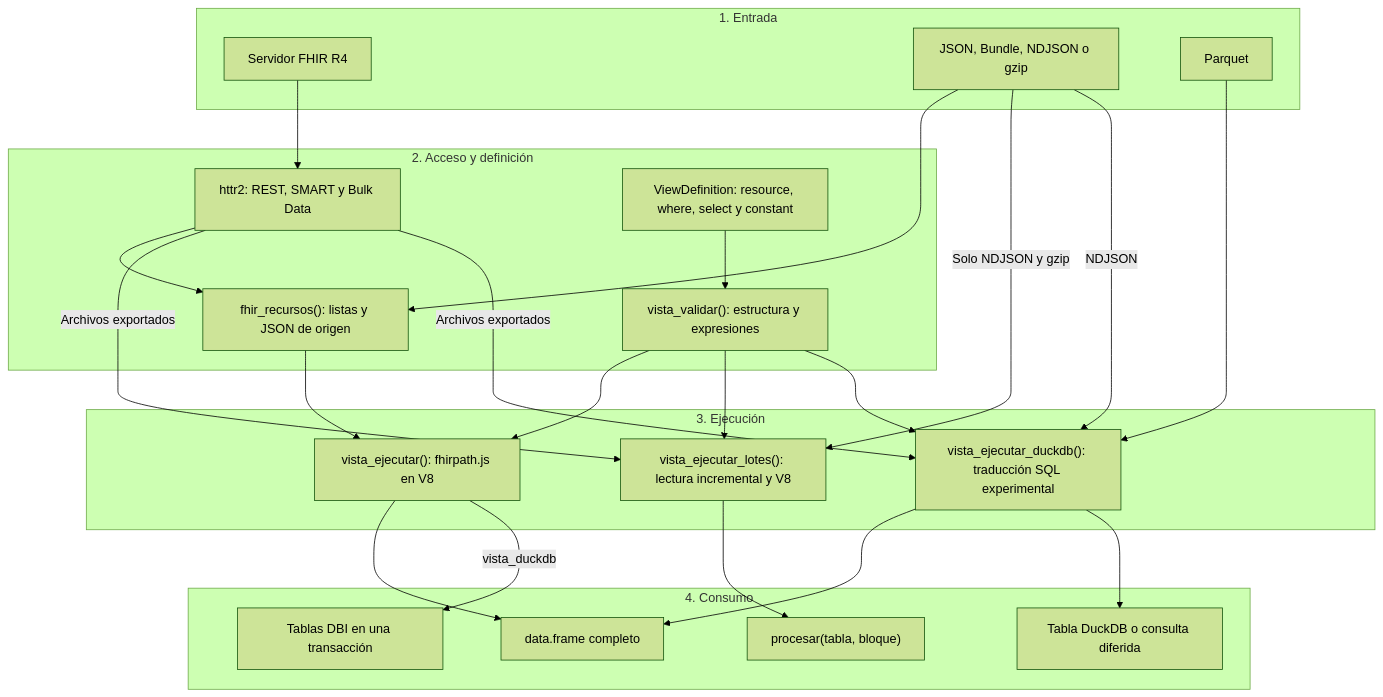
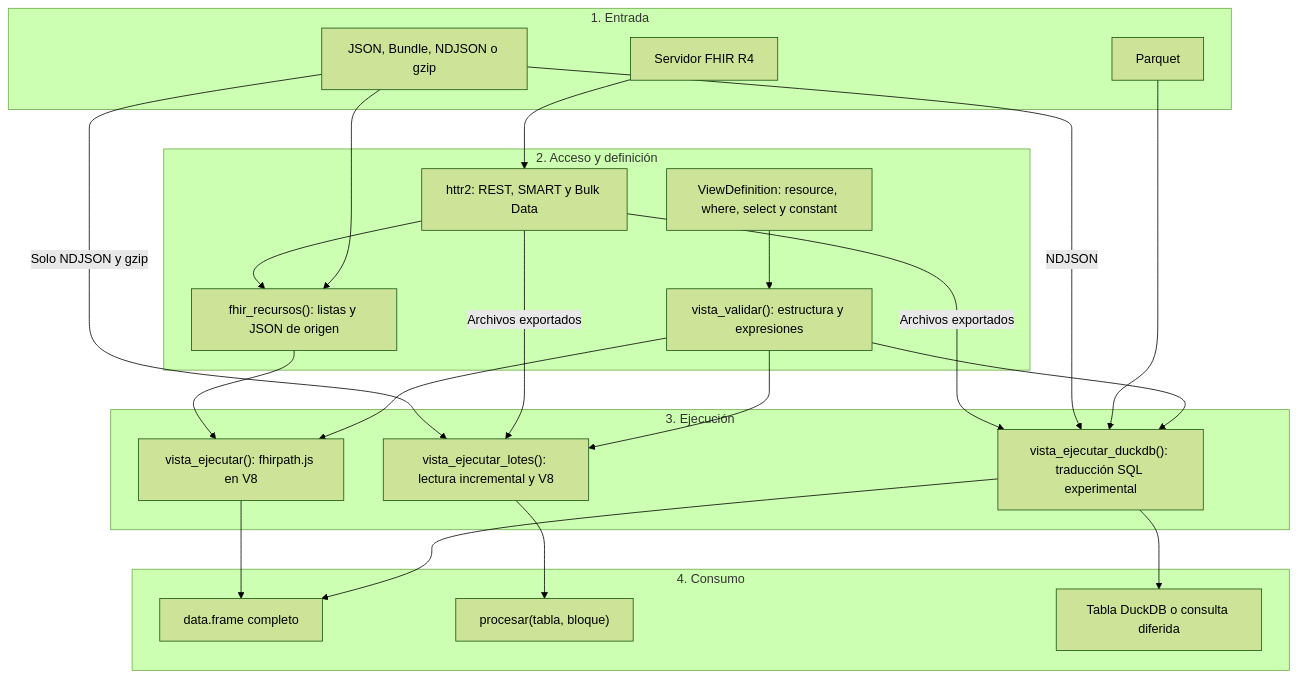
The second of 9 diagrams in index.md (f-slg/fhirviews), drawn with Mermaid (forest theme) before and after one commit. The commit also changed other lines of this file and 75 other files, not shown here.

````diff
--- a/index.md
+++ b/index.md
@@ -229,39 +201,37 @@
 ``` mermaid
 flowchart TB
     subgraph EN["1. Entrada"]
         REST["Servidor FHIR R4"]
         FILE["JSON, Bundle, NDJSON o gzip"]
         PAR["Parquet"]
     end
     subgraph AC["2. Acceso y definición"]
         HTTP["httr2: REST, SMART y Bulk Data"]
         RES["fhir_recursos(): listas y JSON de origen"]
         VIEW["ViewDefinition: resource, where, select y constant"]
         VALID["vista_validar(): estructura y expresiones"]
     end
     subgraph EX["3. Ejecución"]
         V8["vista_ejecutar(): fhirpath.js en V8"]
         LOT["vista_ejecutar_lotes(): lectura incremental y V8"]
         SQL["vista_ejecutar_duckdb(): traducción SQL experimental"]
     end
     subgraph OUT["4. Consumo"]
         DF["data.frame completo"]
         CB["procesar(tabla, bloque)"]
         DB["Tabla DuckDB o consulta diferida"]
-        DBI["Tablas DBI en una transacción"]
     end
     REST --> HTTP --> RES
     FILE --> RES --> V8 --> DF
     FILE -->|"Solo NDJSON y gzip"| LOT --> CB
     HTTP -->|"Archivos exportados"| LOT
     HTTP -->|"Archivos exportados"| SQL
     FILE -->|"NDJSON"| SQL
     PAR --> SQL
     VIEW --> VALID
     VALID --> V8
     VALID --> LOT
     VALID --> SQL
     SQL --> DF
     SQL --> DB
-    V8 -->|"vista_duckdb"| DBI
 ```
````
